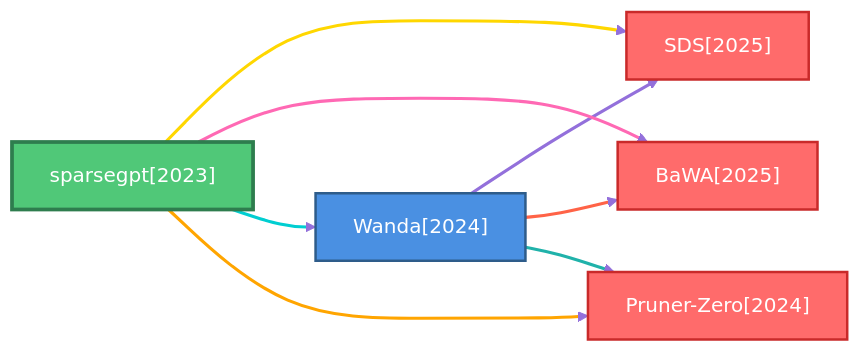
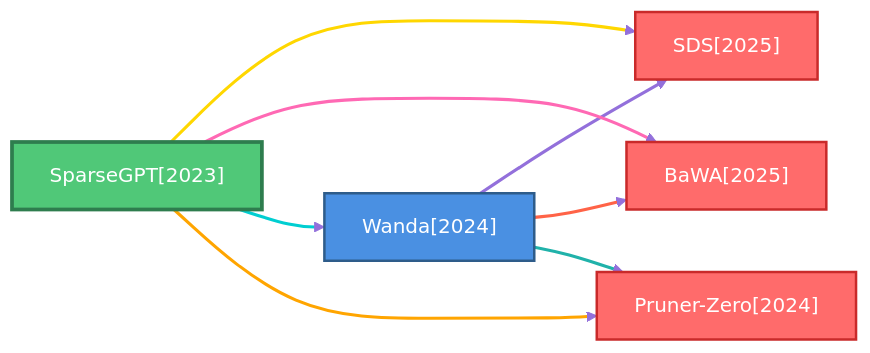
One commit to hustzxd/EfficientPaper changed the third of 6 diagrams in docs/baseline_methods_graph.md. Above: the diagram before and after it, drawn with Mermaid (forest theme). The commit also changed other lines of this file and 38 other files, not shown here.

````diff
--- a/docs/baseline_methods_graph.md
+++ b/docs/baseline_methods_graph.md
@@ -89,33 +89,33 @@
 ```mermaid
 flowchart LR
     classDef defaultNode fill:#4A90E2,stroke:#2E5C8A,stroke-width:2px,color:#fff
     classDef rootNode fill:#50C878,stroke:#2E7D4E,stroke-width:3px,color:#fff
     classDef leafNode fill:#FF6B6B,stroke:#C92A2A,stroke-width:2px,color:#fff
     linkStyle default stroke:#9370DB,stroke-width:2px
 
     2024_Pruner_Zero["Pruner-Zero[2024]"]
     class 2024_Pruner_Zero leafNode
+    2025_BaWA["BaWA[2025]"]
+    class 2025_BaWA leafNode
     2025_SDS["SDS[2025]"]
     class 2025_SDS leafNode
     2024_Wanda["Wanda[2024]"]
     class 2024_Wanda defaultNode
-    2025_BaWA["BaWA[2025]"]
-    class 2025_BaWA leafNode
-    2023_sparsegpt["sparsegpt[2023]"]
-    class 2023_sparsegpt rootNode
+    2023_SparseGPT["SparseGPT[2023]"]
+    class 2023_SparseGPT rootNode
 
     2024_Wanda ==>|" "| 2025_SDS
     linkStyle 0 stroke:#9370DB,stroke-width:2.5px
     2024_Wanda ==>|" "| 2025_BaWA
     linkStyle 1 stroke:#FF6347,stroke-width:2.5px
     2024_Wanda ==>|" "| 2024_Pruner_Zero
     linkStyle 2 stroke:#20B2AA,stroke-width:2.5px
-    2023_sparsegpt ==>|" "| 2025_SDS
+    2023_SparseGPT ==>|" "| 2025_SDS
     linkStyle 3 stroke:#FFD700,stroke-width:2.5px
-    2023_sparsegpt ==>|" "| 2025_BaWA
+    2023_SparseGPT ==>|" "| 2025_BaWA
     linkStyle 4 stroke:#FF69B4,stroke-width:2.5px
-    2023_sparsegpt ==>|" "| 2024_Wanda
+    2023_SparseGPT ==>|" "| 2024_Wanda
     linkStyle 5 stroke:#00CED1,stroke-width:2.5px
-    2023_sparsegpt ==>|" "| 2024_Pruner_Zero
+    2023_SparseGPT ==>|" "| 2024_Pruner_Zero
     linkStyle 6 stroke:#FFA500,stroke-width:2.5px
 ```
````
